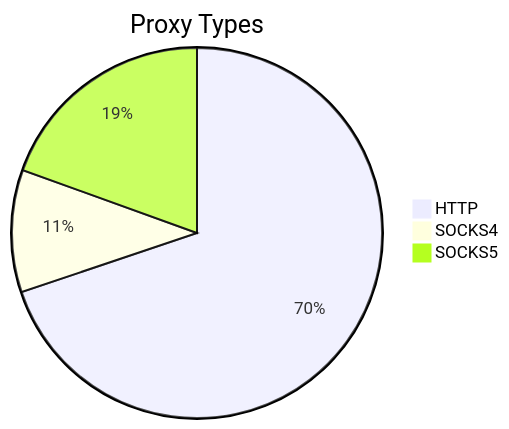
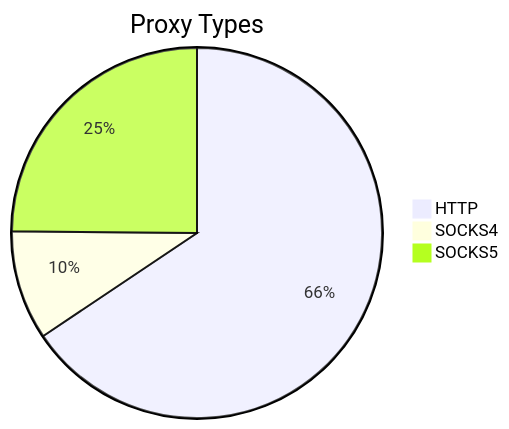
Before and after one commit to stormsia/proxy-list: the first of 2 diagrams in README.md, drawn with Mermaid. The commit also changed other lines of this file, not shown here.

````diff
--- a/README.md
+++ b/README.md
@@ -21,6 +21,6 @@
 ```mermaid
 pie title Proxy Types
-    "HTTP" : 412
-    "SOCKS4" : 63
-    "SOCKS5" : 115
+    "HTTP" : 330
+    "SOCKS4" : 48
+    "SOCKS5" : 125
 ```
````
